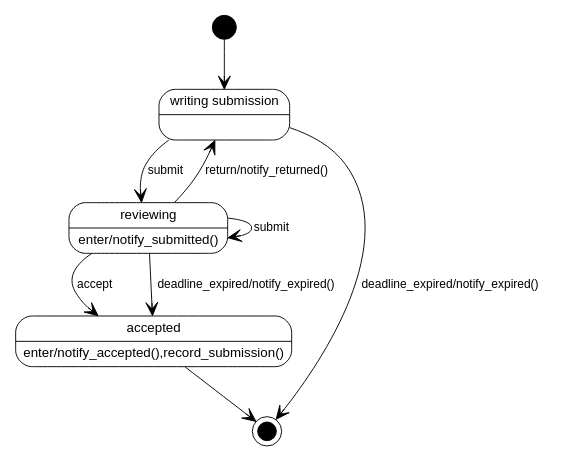
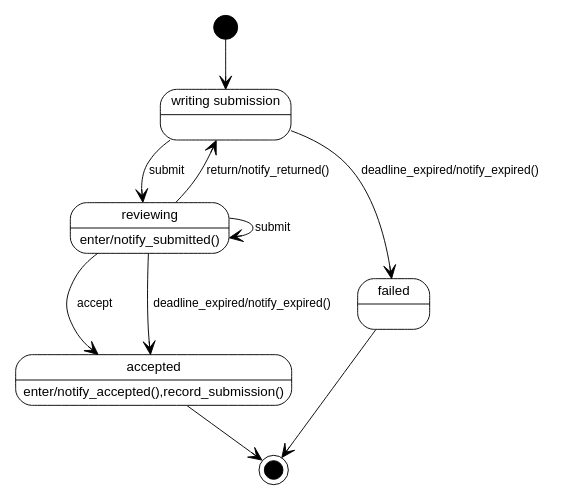
The diagram in img/case-study-fourth-year-system/final_report_submission.dot (WorkflowsOnRails/project-report), drawn with Graphviz before and after one commit.

Commit message:
img: add a failed state to final report submission

```diff
--- a/img/case-study-fourth-year-system/final_report_submission.dot
+++ b/img/case-study-fourth-year-system/final_report_submission.dot
@@ -1,24 +1,26 @@
 digraph hierarchy {
 rankdir=TB
 node[shape=Mrecord, fontname=Arial, fontsize=10, penwidth=0.7]
 edge[dir=forward, arrowhead=vee, fontname=Arial, fontsize=9, penwidth=0.7]
 
 start[label="",
       shape=circle, style=filled, color=black, fillcolor=black,
       fixedsize=true, width=0.25, height=0.25]
 writing_submission[label = "{writing submission|}"]
 reviewing[label = "{reviewing|enter/notify_submitted()}"]
 accepted[label = "{accepted|enter/notify_accepted(),record_submission()}"]
+failed[label = "{failed|}"]
 end[label="",
     shape=doublecircle, style=filled, color=black, fillcolor=black,
     fixedsize=true, width=0.2, height=0.2]
 
 start->writing_submission
 writing_submission->reviewing [label = " submit   "]
-writing_submission->end [label = " deadline_expired/notify_expired()   "]
+writing_submission->failed [label = " deadline_expired/notify_expired()   "]
 reviewing->reviewing [label = " submit   "]
 reviewing->writing_submission [label = " return/notify_returned()   "]
 reviewing->accepted [label = " accept   "]
 reviewing->accepted [label = " deadline_expired/notify_expired()   "]
 accepted->end
+failed->end
 }
```
